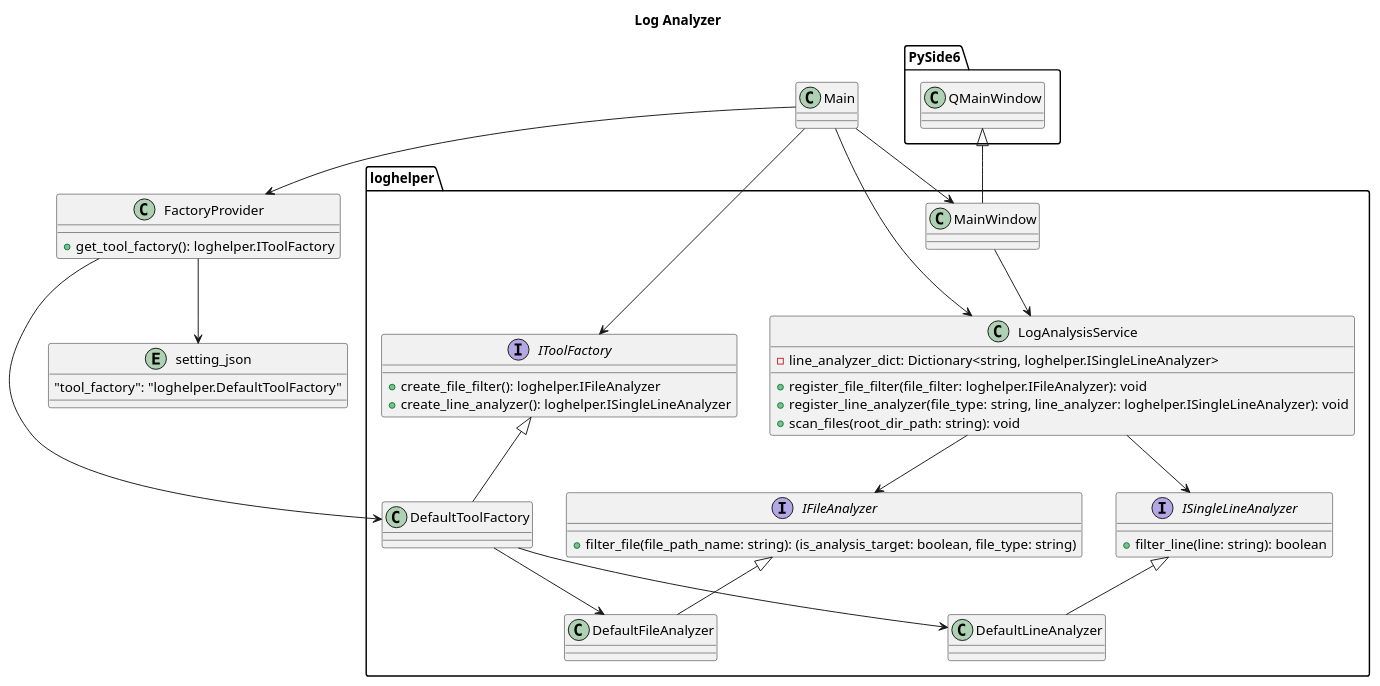
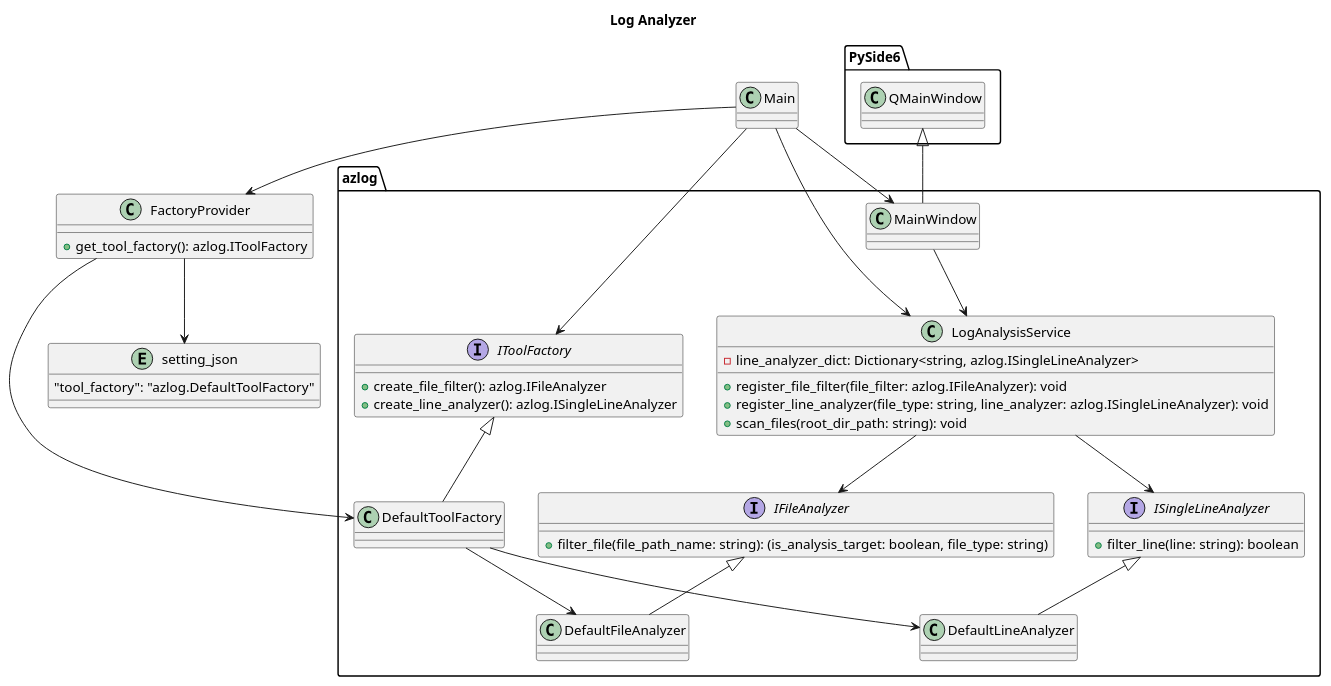
Before and after one commit to Takayoshi-Matsuyama/log_analyzer: the diagram in doc/log_analyzer.puml, drawn with PlantUML.

Commit message:
Updated - class diagram

```diff
--- a/doc/log_analyzer.puml
+++ b/doc/log_analyzer.puml
@@ -1,89 +1,89 @@
 @startuml log_analyzer
 
 'Copyright 2026 Takayoshi Matsuyama
 '
 'Licensed under the Apache License, Version 2.0 (the "License");
 'you may not use this file except in compliance with the License.
 'You may obtain a copy of the License at
 '
 '    http://www.apache.org/licenses/LICENSE-2.0
 '
 'Unless required by applicable law or agreed to in writing, software
 'distributed under the License is distributed on an "AS IS" BASIS,
 'WITHOUT WARRANTIES OR CONDITIONS OF ANY KIND, either express or implied.
 'See the License for the specific language governing permissions and
 'limitations under the License.
 
 title Log Analyzer
 
-interface loghelper.IFileAnalyzer
+interface azlog.IFileAnalyzer
 {
     +filter_file(file_path_name: string): (is_analysis_target: boolean, file_type: string)
 }
 
-class loghelper.DefaultFileAnalyzer {}
+class azlog.DefaultFileAnalyzer {}
 
-loghelper.IFileAnalyzer <|-- loghelper.DefaultFileAnalyzer
+azlog.IFileAnalyzer <|-- azlog.DefaultFileAnalyzer
 
-interface loghelper.ISingleLineAnalyzer
+interface azlog.ISingleLineAnalyzer
 {
     +filter_line(line: string): boolean
 }
 
-class loghelper.DefaultLineAnalyzer {}
+class azlog.DefaultLineAnalyzer {}
 
-loghelper.ISingleLineAnalyzer <|-- loghelper.DefaultLineAnalyzer
+azlog.ISingleLineAnalyzer <|-- azlog.DefaultLineAnalyzer
 
 
-interface loghelper.IToolFactory
+interface azlog.IToolFactory
 {
-    +create_file_filter(): loghelper.IFileAnalyzer
-    +create_line_analyzer(): loghelper.ISingleLineAnalyzer
+    +create_file_filter(): azlog.IFileAnalyzer
+    +create_line_analyzer(): azlog.ISingleLineAnalyzer
 }
 
-class loghelper.DefaultToolFactory {}
+class azlog.DefaultToolFactory {}
 
-loghelper.IToolFactory <|-- loghelper.DefaultToolFactory
+azlog.IToolFactory <|-- azlog.DefaultToolFactory
 
-loghelper.DefaultToolFactory --> loghelper.DefaultFileAnalyzer
-loghelper.DefaultToolFactory --> loghelper.DefaultLineAnalyzer
+azlog.DefaultToolFactory --> azlog.DefaultFileAnalyzer
+azlog.DefaultToolFactory --> azlog.DefaultLineAnalyzer
 
-class loghelper.LogAnalysisService
+class azlog.LogAnalysisService
 {
-    -line_analyzer_dict: Dictionary<string, loghelper.ISingleLineAnalyzer>
-    +register_file_filter(file_filter: loghelper.IFileAnalyzer): void
-    +register_line_analyzer(file_type: string, line_analyzer: loghelper.ISingleLineAnalyzer): void
+    -line_analyzer_dict: Dictionary<string, azlog.ISingleLineAnalyzer>
+    +register_file_filter(file_filter: azlog.IFileAnalyzer): void
+    +register_line_analyzer(file_type: string, line_analyzer: azlog.ISingleLineAnalyzer): void
     +scan_files(root_dir_path: string): void
 }
 
-loghelper.LogAnalysisService --> loghelper.IFileAnalyzer
-loghelper.LogAnalysisService --> loghelper.ISingleLineAnalyzer
+azlog.LogAnalysisService --> azlog.IFileAnalyzer
+azlog.LogAnalysisService --> azlog.ISingleLineAnalyzer
 
 class PySide6.QMainWindow {}
 
-class loghelper.MainWindow {}
+class azlog.MainWindow {}
 
-PySide6.QMainWindow <|-- loghelper.MainWindow
+PySide6.QMainWindow <|-- azlog.MainWindow
 
 entity setting_json
 {
-    "tool_factory": "loghelper.DefaultToolFactory"
+    "tool_factory": "azlog.DefaultToolFactory"
 }
 
 class FactoryProvider
  {
-    +get_tool_factory(): loghelper.IToolFactory
+    +get_tool_factory(): azlog.IToolFactory
 }
 
 FactoryProvider --> setting_json
-FactoryProvider --> loghelper.DefaultToolFactory
+FactoryProvider --> azlog.DefaultToolFactory
 
 class Main {}
 
 Main --> FactoryProvider
-Main --> loghelper.IToolFactory
-Main --> loghelper.LogAnalysisService
-Main --> loghelper.MainWindow
-loghelper.MainWindow --> loghelper.LogAnalysisService
+Main --> azlog.IToolFactory
+Main --> azlog.LogAnalysisService
+Main --> azlog.MainWindow
+azlog.MainWindow --> azlog.LogAnalysisService
 
 @enduml
```
